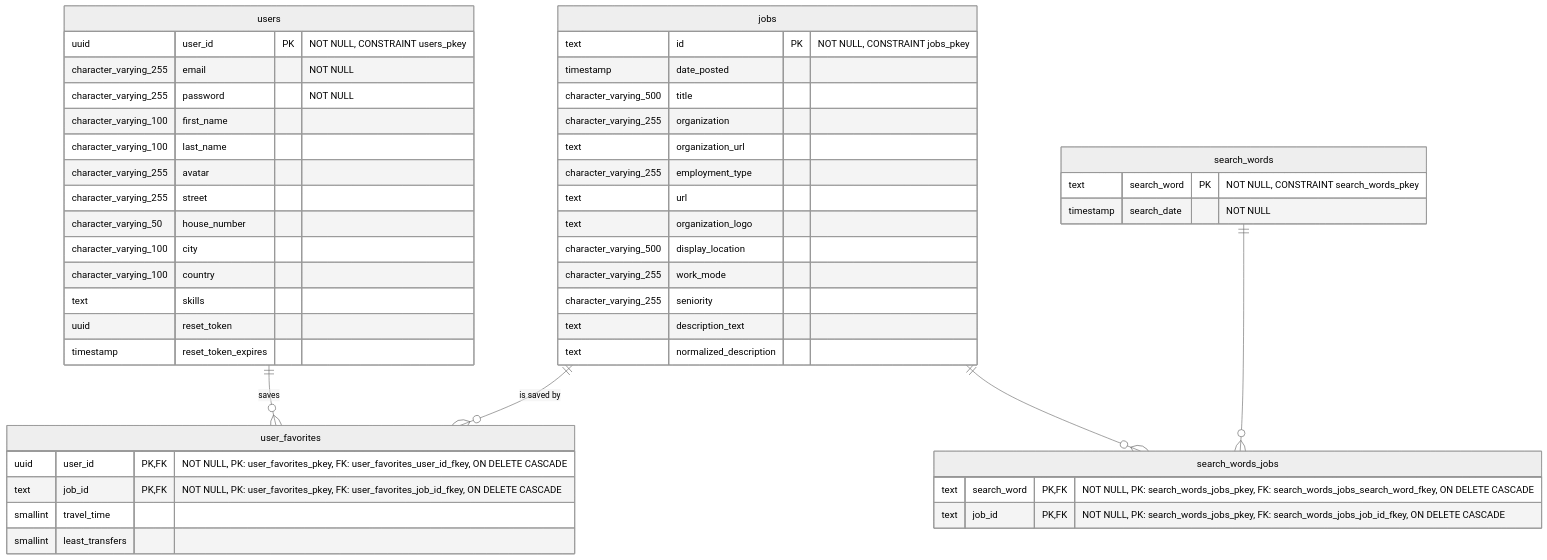
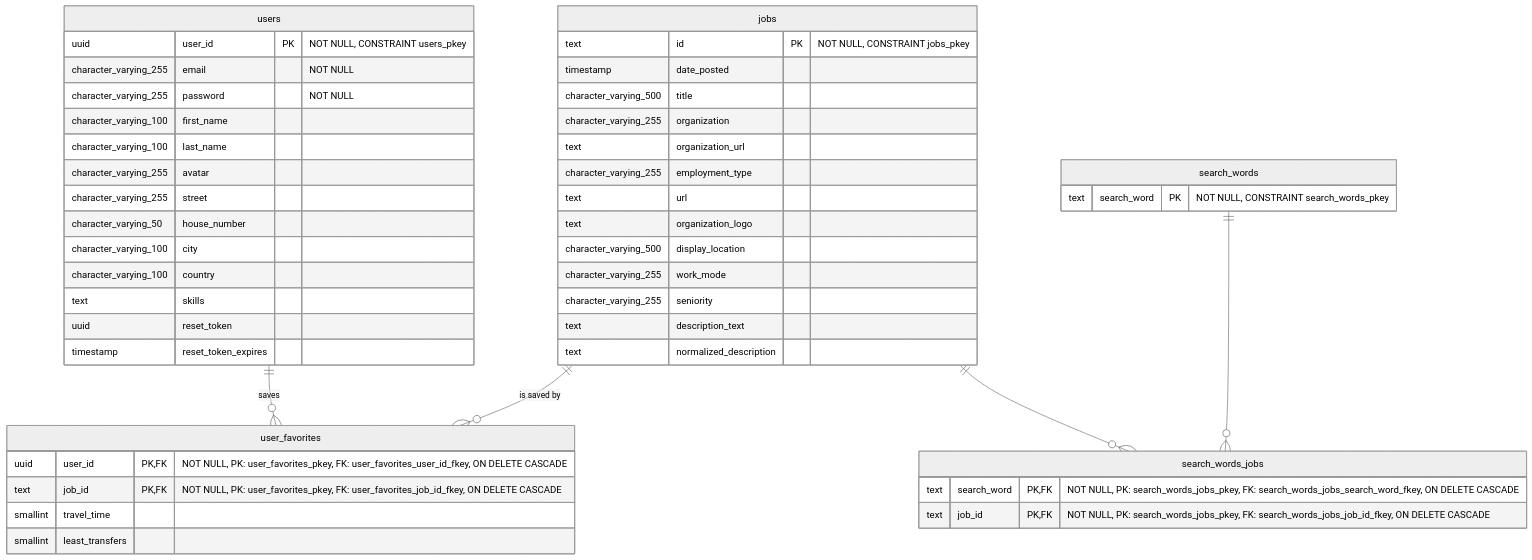
One commit to YahyaAl-Ademi/2025.10.23-JobCompass changed the diagram in documentation/ERD.md. Above: the diagram before and after it, drawn with Mermaid (neutral theme). The commit also changed 1 other file, not shown here.

Commit message:
Remove search_date column from search_words table in database schema

````diff
--- a/documentation/ERD.md
+++ b/documentation/ERD.md
@@ -5,56 +5,55 @@
 ```mermaid
 erDiagram
     users ||--o{ user_favorites : "saves"
     jobs ||--o{ user_favorites : "is saved by"
     search_words ||--o{ search_words_jobs : ""
     jobs ||--o{ search_words_jobs : ""
 
     users {
         uuid user_id PK "NOT NULL, CONSTRAINT users_pkey"
         character_varying_255 email "NOT NULL"
         character_varying_255 password "NOT NULL"
         character_varying_100 first_name
         character_varying_100 last_name
         character_varying_255 avatar
         character_varying_255 street
         character_varying_50 house_number
         character_varying_100 city
         character_varying_100 country
         text skills
         uuid reset_token
         timestamp reset_token_expires
     }
 
     jobs {
         text id PK "NOT NULL, CONSTRAINT jobs_pkey"
         timestamp date_posted
         character_varying_500 title
         character_varying_255 organization
         text organization_url
         character_varying_255 employment_type
         text url
         text organization_logo
         character_varying_500 display_location
         character_varying_255 work_mode
         character_varying_255 seniority
         text description_text
         text normalized_description
     }
 
     user_favorites {
         uuid user_id PK,FK "NOT NULL, PK: user_favorites_pkey, FK: user_favorites_user_id_fkey, ON DELETE CASCADE"
         text job_id PK,FK "NOT NULL, PK: user_favorites_pkey, FK: user_favorites_job_id_fkey, ON DELETE CASCADE"
         smallint travel_time
         smallint least_transfers
     }
 
     search_words {
         text search_word PK "NOT NULL, CONSTRAINT search_words_pkey"
-        timestamp search_date "NOT NULL"
     }
 
     search_words_jobs {
         text search_word PK,FK "NOT NULL, PK: search_words_jobs_pkey, FK: search_words_jobs_search_word_fkey, ON DELETE CASCADE"
         text job_id PK,FK "NOT NULL, PK: search_words_jobs_pkey, FK: search_words_jobs_job_id_fkey, ON DELETE CASCADE"
     }
 ```
````
